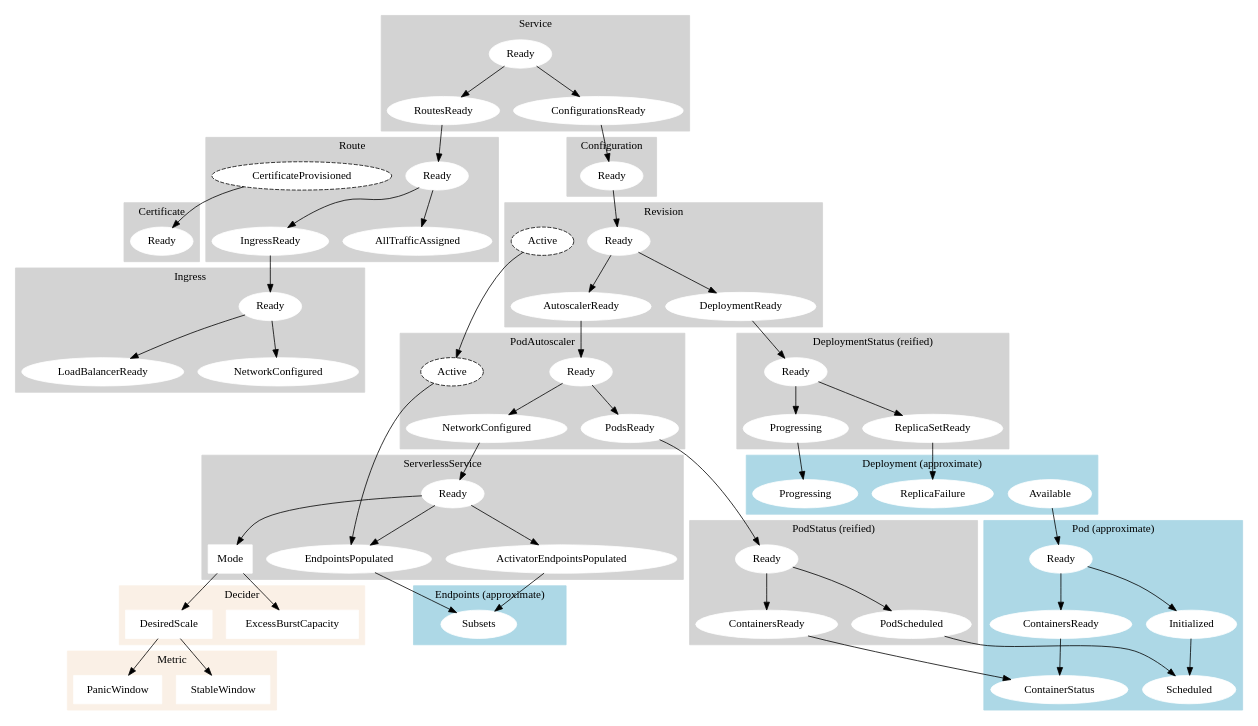
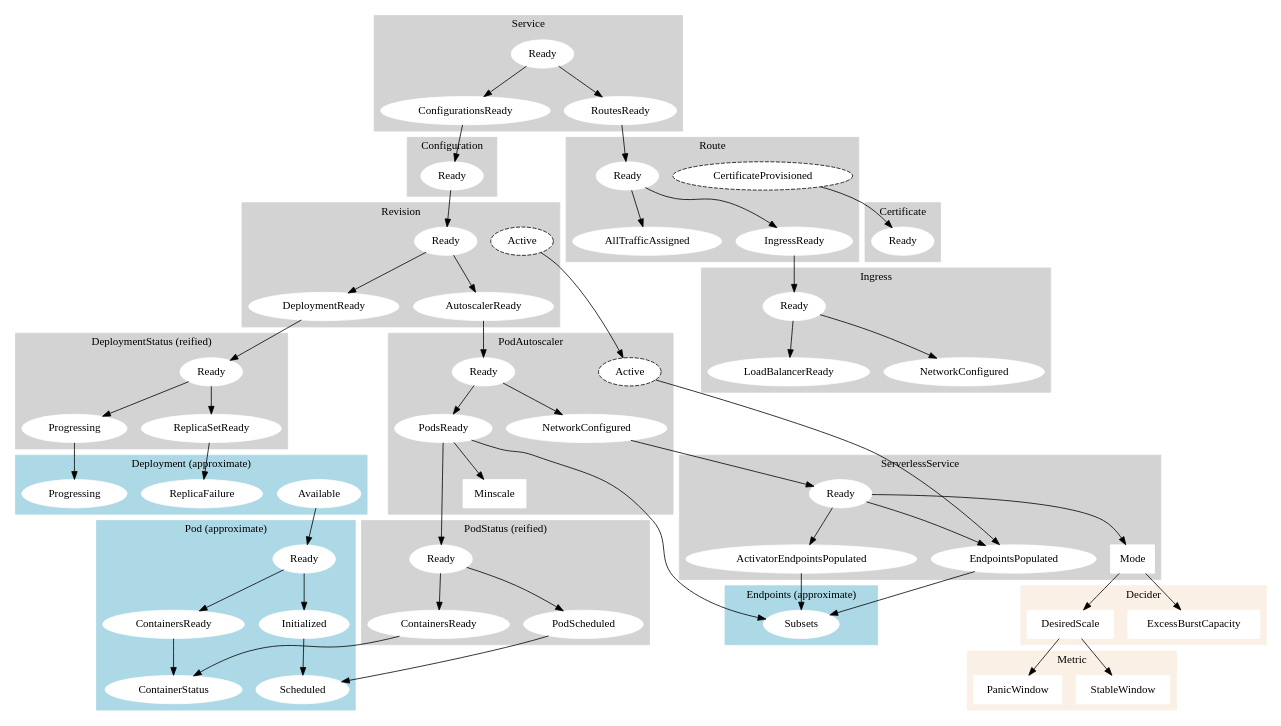
Before and after one commit to jonjohnsonjr/graphviz: the diagram in src/proposed-lifecycle.dot, drawn with Graphviz. The commit also changed 1 other file, not shown here.

```diff
--- a/src/proposed-lifecycle.dot
+++ b/src/proposed-lifecycle.dot
@@ -74,10 +74,13 @@
     PodAutoscalerConditionSKSReady [label=NetworkConfigured, href="https://godoc.org/github.com/knative/serving/pkg/apis/autoscaling/v1alpha1#PodAutoscalerConditionReady"]
     PodAutoscalerConditionPodsReady [label=PodsReady]
 
+    PodAutoscalerMinScale [label=Minscale, shape=box, href="https://godoc.org/github.com/knative/serving/pkg/apis/autoscaling#MinScaleAnnotationKey"]
+
     PodAutoscalerConditionActive [label=Active, style="filled,dashed", fillcolor=white, color=black, href="https://godoc.org/github.com/knative/serving/pkg/apis/autoscaling/v1alpha1#PodAutoscalerConditionActive"]
 
     PodAutoscalerConditionReady -> PodAutoscalerConditionSKSReady
-    PodAutoscalerConditionReady -> PodAutoscalerConditionPodsReady 
+    PodAutoscalerConditionReady -> PodAutoscalerConditionPodsReady
+    PodAutoscalerConditionPodsReady -> PodAutoscalerMinScale
 
   }
 
@@ -201,6 +204,7 @@
   ServerlessServiceMode -> DeciderDesiredScale
 
   ServerlessServiceConditionActivatorEndspointsPopulated -> EndpointsSubsets
+  PodAutoscalerConditionPodsReady -> EndpointsSubsets
 
   DeploymentAvailable -> PodReady
 
```
